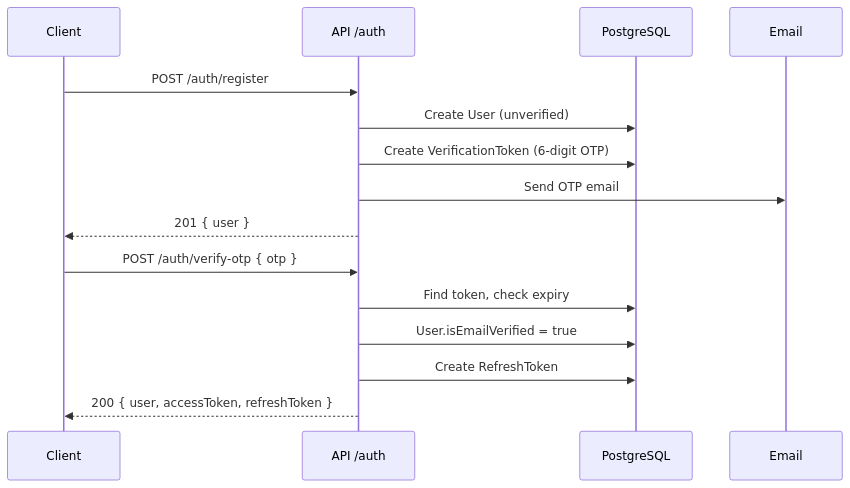
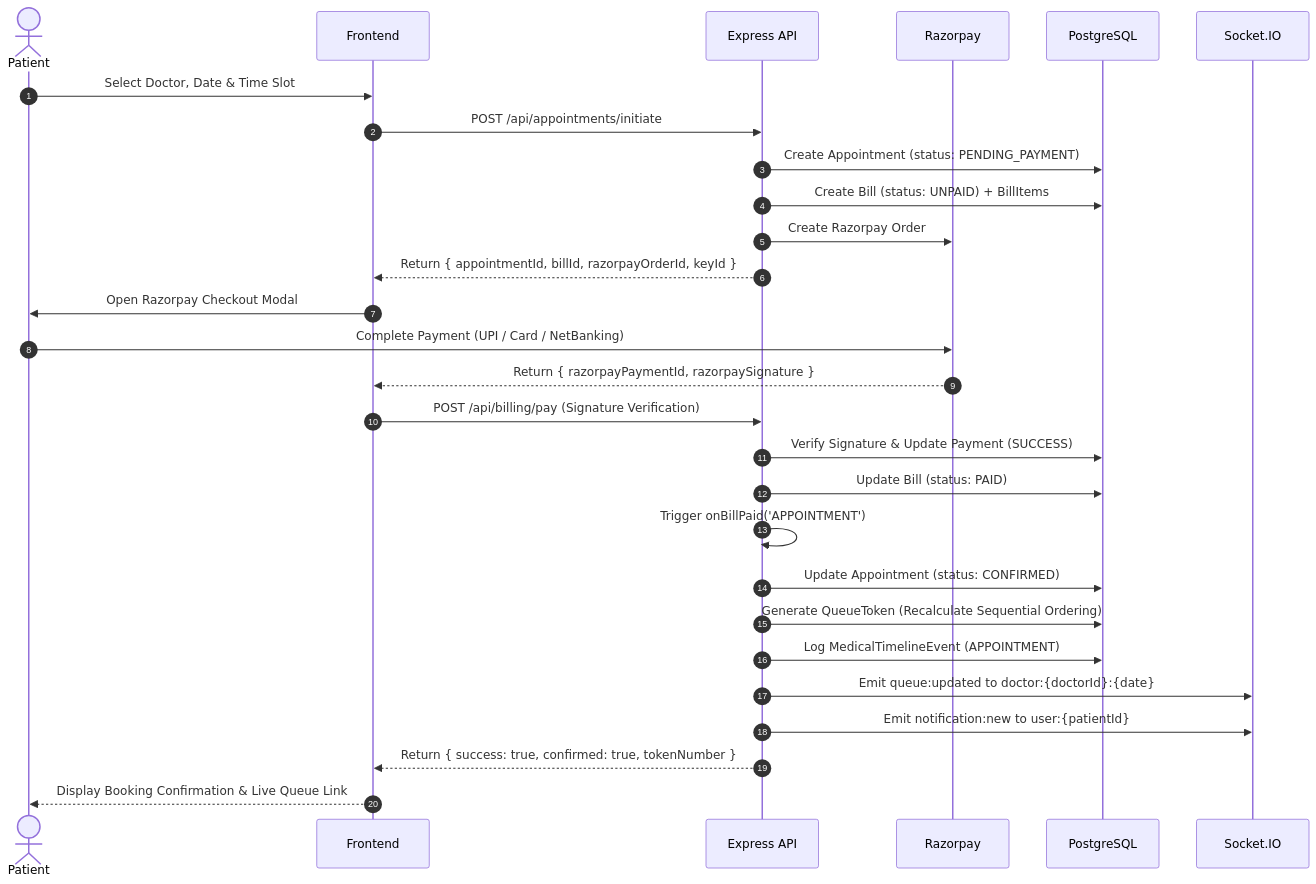
The fourth of 7 diagrams in README.md (sudhanshu-0109/HealthCare-THOS-), drawn with Mermaid before and after one commit. The commit also changed other lines of this file and 53 other files, not shown here.

````diff
--- a/README.md
+++ b/README.md
@@ -360,19 +270,33 @@
 ```mermaid
 sequenceDiagram
-    participant C as Client
-    participant A as API /auth
+    autonumber
+    actor Patient
+    participant Frontend
+    participant API as Express API
+    participant Razorpay
     participant DB as PostgreSQL
-    participant E as Email
+    participant Socket as Socket.IO
 
-    C->>A: POST /auth/register
-    A->>DB: Create User (unverified)
-    A->>DB: Create VerificationToken (6-digit OTP)
-    A->>E: Send OTP email
-    A-->>C: 201 { user }
-
-    C->>A: POST /auth/verify-otp { otp }
-    A->>DB: Find token, check expiry
-    A->>DB: User.isEmailVerified = true
-    A->>DB: Create RefreshToken
-    A-->>C: 200 { user, accessToken, refreshToken }
+    Patient->>Frontend: Select Doctor, Date & Time Slot
+    Frontend->>API: POST /api/appointments/initiate
+    API->>DB: Create Appointment (status: PENDING_PAYMENT)
+    API->>DB: Create Bill (status: UNPAID) + BillItems
+    API->>Razorpay: Create Razorpay Order
+    API-->>Frontend: Return { appointmentId, billId, razorpayOrderId, keyId }
+    
+    Frontend->>Patient: Open Razorpay Checkout Modal
+    Patient->>Razorpay: Complete Payment (UPI / Card / NetBanking)
+    Razorpay-->>Frontend: Return { razorpayPaymentId, razorpaySignature }
+    
+    Frontend->>API: POST /api/billing/pay (Signature Verification)
+    API->>DB: Verify Signature & Update Payment (SUCCESS)
+    API->>DB: Update Bill (status: PAID)
+    API->>API: Trigger onBillPaid('APPOINTMENT')
+    API->>DB: Update Appointment (status: CONFIRMED)
+    API->>DB: Generate QueueToken (Recalculate Sequential Ordering)
+    API->>DB: Log MedicalTimelineEvent (APPOINTMENT)
+    API->>Socket: Emit queue:updated to doctor:{doctorId}:{date}
+    API->>Socket: Emit notification:new to user:{patientId}
+    API-->>Frontend: Return { success: true, confirmed: true, tokenNumber }
+    Frontend-->>Patient: Display Booking Confirmation & Live Queue Link
 ```
````
